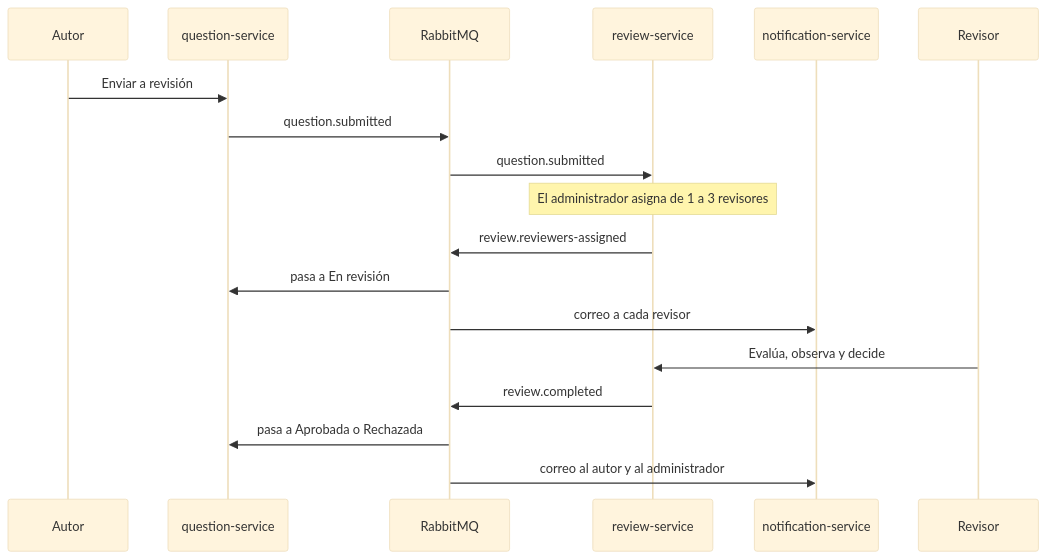
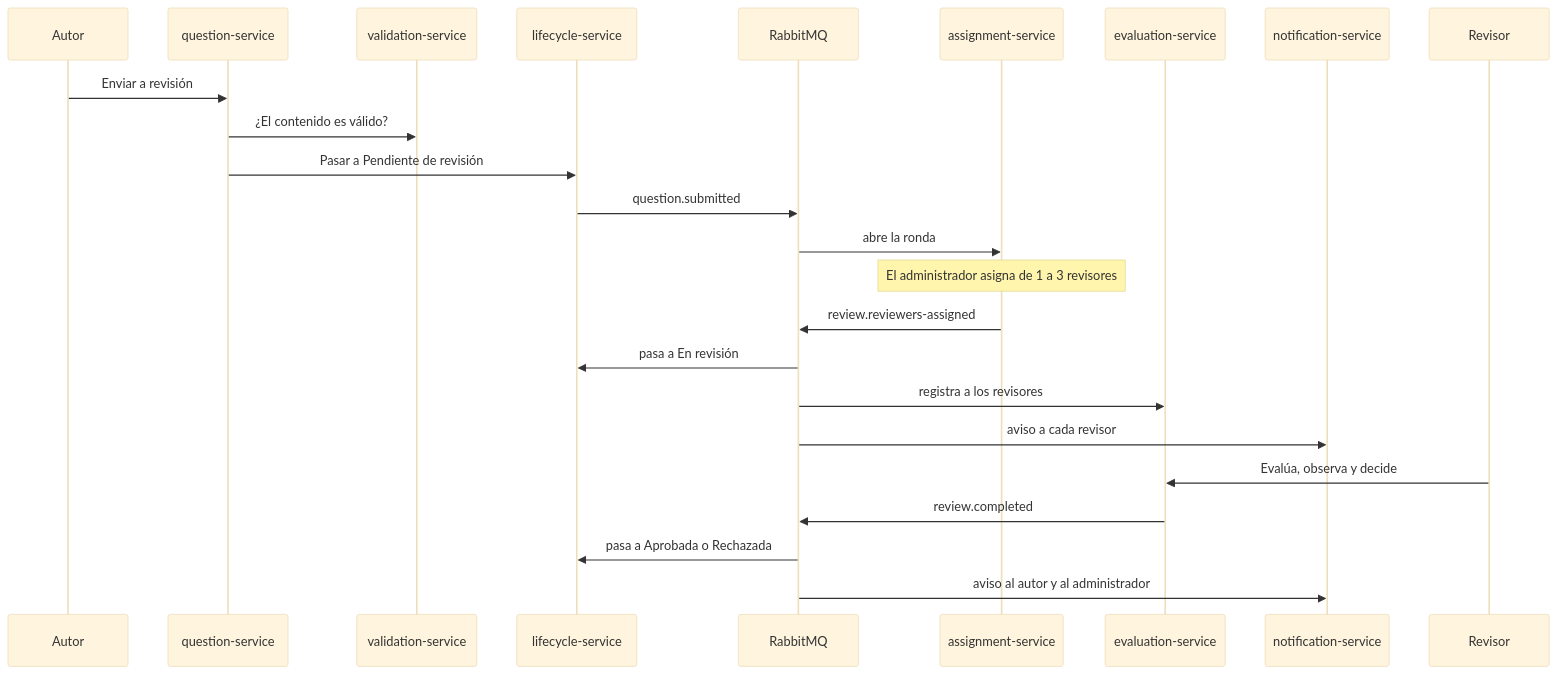
Before and after one commit to DVLASZ/banco-preguntas-saberpro: the second of 2 diagrams in docs/corte-2/02-contextos-y-eventos.md, drawn with Mermaid (base theme). The commit also changed other lines of this file and 83 other files, not shown here.

Commit message:
Documentación de la arquitectura de 14 servicios: historias, contextos y eventos, C4, patrones y prototipos, con todos los diagramas

````diff
--- a/docs/corte-2/02-contextos-y-eventos.md
+++ b/docs/corte-2/02-contextos-y-eventos.md
@@ -87,20 +142,26 @@
 ```mermaid
 sequenceDiagram
   participant A as Autor
   participant QS as question-service
+  participant VS as validation-service
+  participant LS as lifecycle-service
   participant MQ as RabbitMQ
-  participant RS as review-service
+  participant AS as assignment-service
+  participant ES as evaluation-service
   participant NS as notification-service
   participant R as Revisor
   A->>QS: Enviar a revisión
-  QS->>MQ: question.submitted
-  MQ->>RS: question.submitted
-  Note over RS: El administrador asigna de 1 a 3 revisores
-  RS->>MQ: review.reviewers-assigned
-  MQ->>QS: pasa a En revisión
-  MQ->>NS: correo a cada revisor
-  R->>RS: Evalúa, observa y decide
-  RS->>MQ: review.completed
-  MQ->>QS: pasa a Aprobada o Rechazada
-  MQ->>NS: correo al autor y al administrador
+  QS->>VS: ¿El contenido es válido?
+  QS->>LS: Pasar a Pendiente de revisión
+  LS->>MQ: question.submitted
+  MQ->>AS: abre la ronda
+  Note over AS: El administrador asigna de 1 a 3 revisores
+  AS->>MQ: review.reviewers-assigned
+  MQ->>LS: pasa a En revisión
+  MQ->>ES: registra a los revisores
+  MQ->>NS: aviso a cada revisor
+  R->>ES: Evalúa, observa y decide
+  ES->>MQ: review.completed
+  MQ->>LS: pasa a Aprobada o Rechazada
+  MQ->>NS: aviso al autor y al administrador
 ```
````
